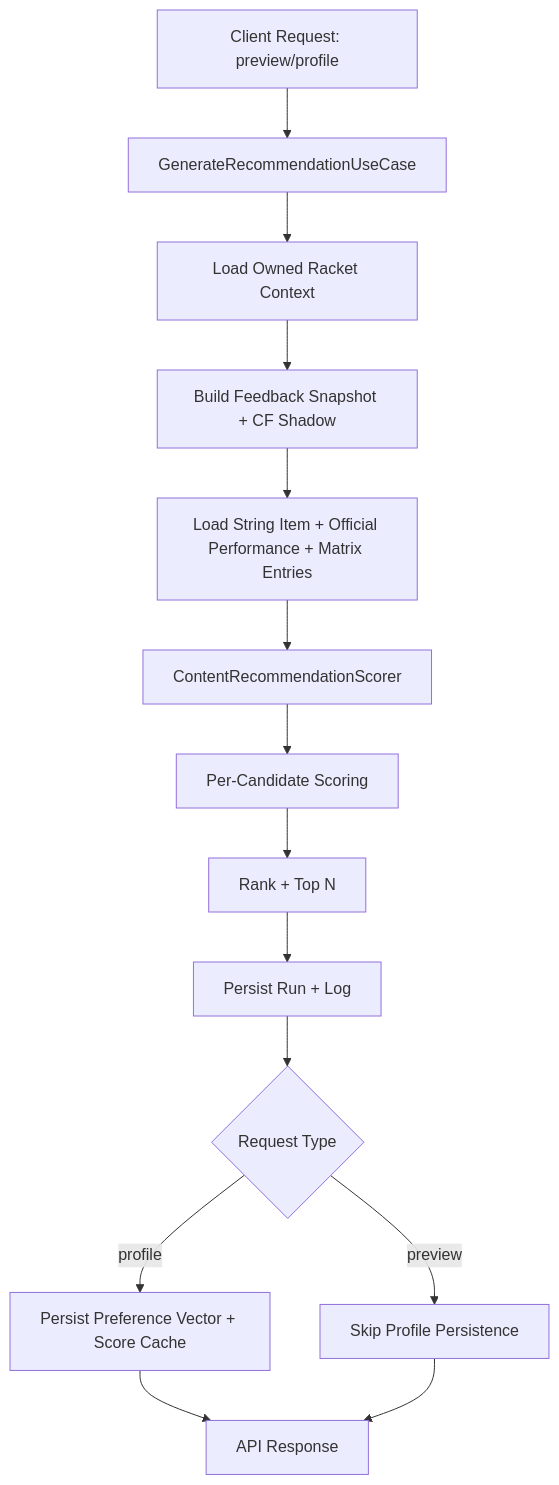
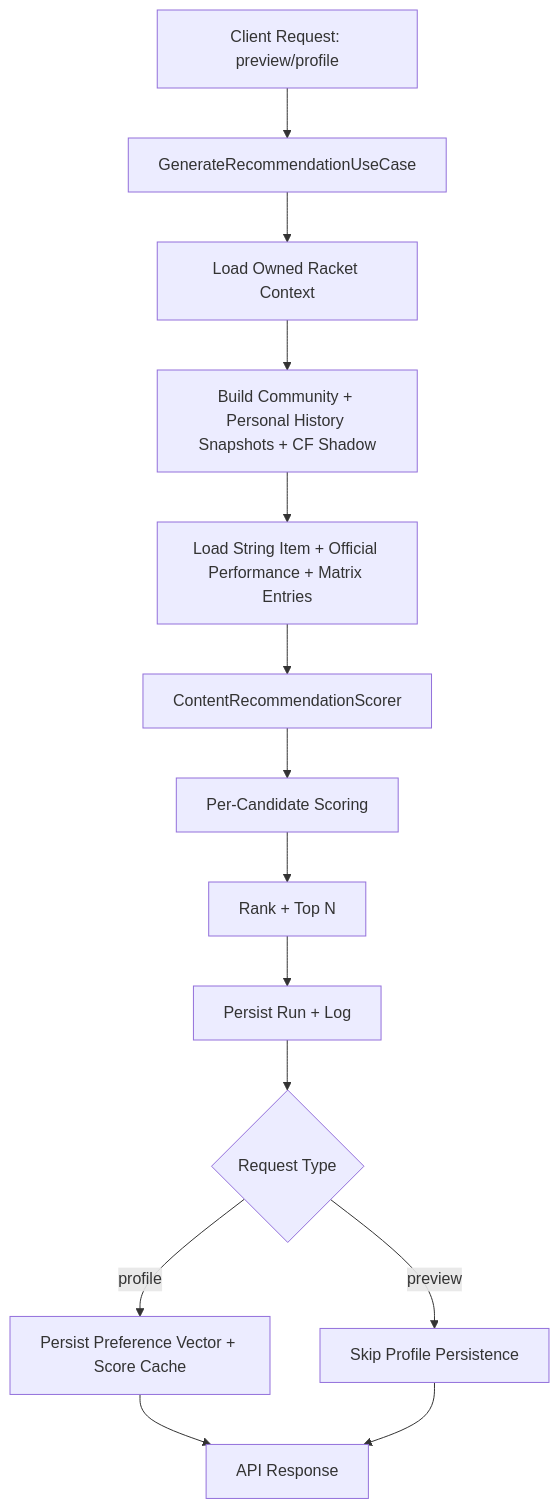
Before and after one commit to Liwei1020T/fyp_utar: the first of 3 diagrams in backend/docs/recommendation-design.md, drawn with Mermaid. The commit also changed other lines of this file and 21 other files, not shown here.

Commit message:
feat: add bounded personal recommendation history

````diff
--- a/backend/docs/recommendation-design.md
+++ b/backend/docs/recommendation-design.md
@@ -26,16 +27,16 @@
 ```mermaid
 flowchart TD
     A[Client Request: preview/profile] --> B[GenerateRecommendationUseCase]
     B --> C[Load Owned Racket Context]
-    C --> D[Build Feedback Snapshot + CF Shadow]
+    C --> D[Build Community + Personal History Snapshots + CF Shadow]
     D --> E[Load String Item + Official Performance + Matrix Entries]
     E --> F[ContentRecommendationScorer]
     F --> G[Per-Candidate Scoring]
     G --> H[Rank + Top N]
     H --> I[Persist Run + Log]
     I --> J{Request Type}
     J -->|profile| K[Persist Preference Vector + Score Cache]
     J -->|preview| L[Skip Profile Persistence]
     K --> M[API Response]
     L --> M
 ```
````
